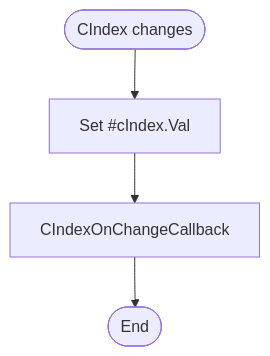
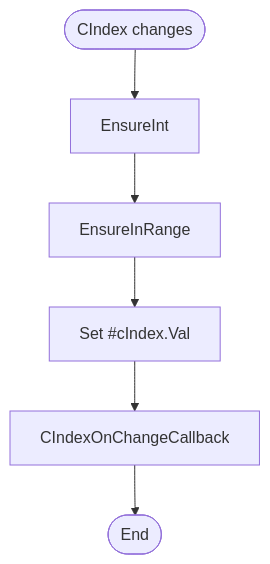
The fourth of 7 diagrams in README.md (BCS21090011/BrainFucker), drawn with Mermaid before and after one commit. The commit also changed other lines of this file and 2 other files, not shown here.

Commit message:
Added type checks. Added EnsureString().

````diff
--- a/README.md
+++ b/README.md
@@ -118,11 +118,15 @@
 ```mermaid
 flowchart
 
 Start([CIndex changes])
+-->
+EnsureInt
+-->
+EnsureInRange
 -->
 SetcIndex[Set #cIndex.Val]
 -->
 CIndexOnChangeCallback
 -->
 End([End])
 ```
````
